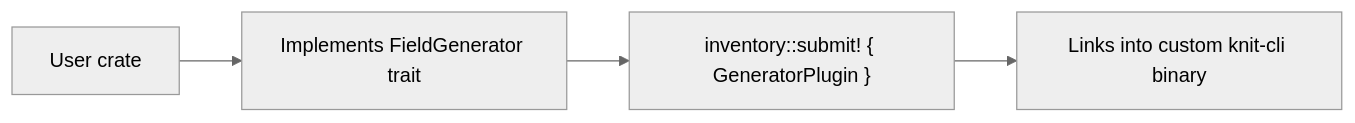
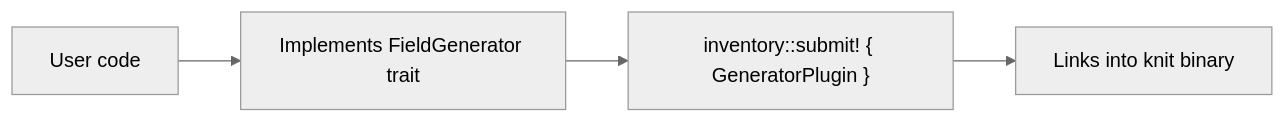
Before and after one commit to Yaming-Hub/knit: the ninth of 9 diagrams in docs/architecture.md, drawn with Mermaid (neutral theme). The commit also changed other lines of this file, not shown here.

First line of the commit message:
docs: update architecture.md to reflect single-crate module structure (#293)

````diff
--- a/docs/architecture.md
+++ b/docs/architecture.md
@@ -467,6 +481,6 @@
 ```mermaid
 flowchart LR
-    user[User crate] --> impl[Implements FieldGenerator trait]
+    user[User code] --> impl[Implements FieldGenerator trait]
     impl --> reg["inventory::submit! { GeneratorPlugin }"]
-    reg --> bin[Links into custom knit-cli binary]
+    reg --> bin[Links into knit binary]
 ```
````
